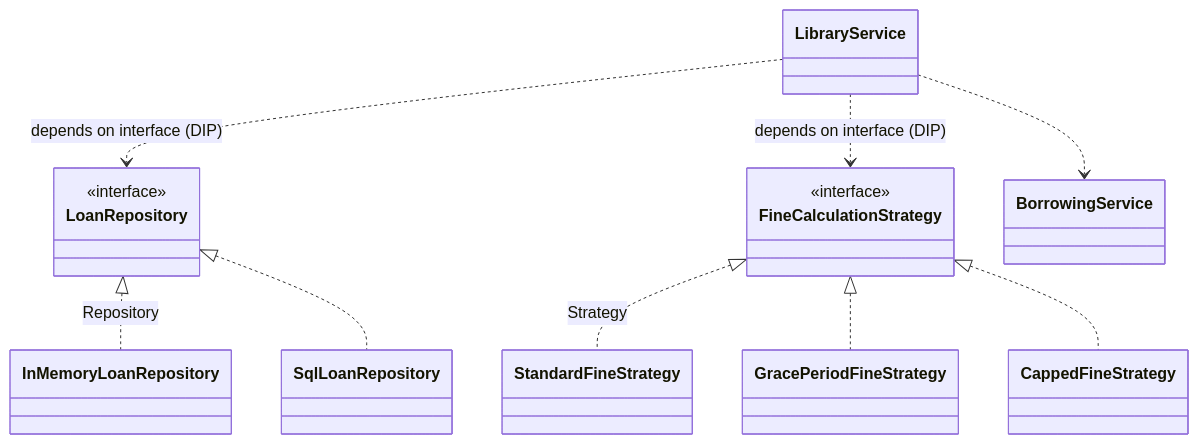
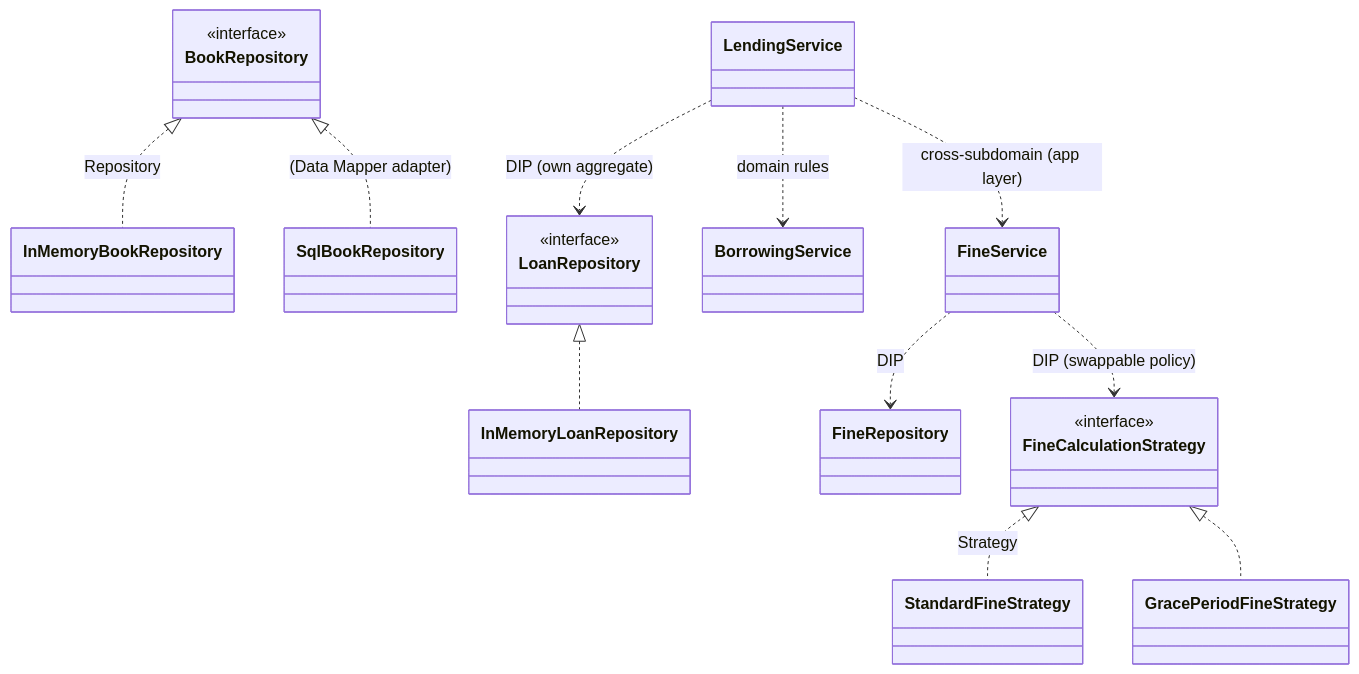
One commit to DivyaDas-Trilio/low-level-design changed the third of 5 diagrams in library_management_system_v2/docs/step-12-artifacts.md. Above: the diagram before and after it, drawn with Mermaid. The commit also changed other lines of this file and 28 other files, not shown here.

````diff
--- a/library_management_system_v2/docs/step-12-artifacts.md
+++ b/library_management_system_v2/docs/step-12-artifacts.md
@@ -145,21 +160,26 @@
 ```mermaid
 classDiagram
     class FineCalculationStrategy { <<interface>> }
     class StandardFineStrategy
     class GracePeriodFineStrategy
-    class CappedFineStrategy
     FineCalculationStrategy <|.. StandardFineStrategy : Strategy
     FineCalculationStrategy <|.. GracePeriodFineStrategy
-    FineCalculationStrategy <|.. CappedFineStrategy
+
+    class BookRepository { <<interface>> }
+    class InMemoryBookRepository
+    class SqlBookRepository
+    BookRepository <|.. InMemoryBookRepository : Repository
+    BookRepository <|.. SqlBookRepository : (Data Mapper adapter)
 
     class LoanRepository { <<interface>> }
     class InMemoryLoanRepository
-    class SqlLoanRepository
-    LoanRepository <|.. InMemoryLoanRepository : Repository
-    LoanRepository <|.. SqlLoanRepository
+    LoanRepository <|.. InMemoryLoanRepository
 
-    class LibraryService
-    LibraryService ..> LoanRepository : depends on interface (DIP)
-    LibraryService ..> FineCalculationStrategy : depends on interface (DIP)
-    LibraryService ..> BorrowingService
+    class LendingService
+    class FineService
+    LendingService ..> LoanRepository : DIP (own aggregate)
+    LendingService ..> BorrowingService : domain rules
+    LendingService ..> FineService : cross-subdomain (app layer)
+    FineService ..> FineRepository : DIP
+    FineService ..> FineCalculationStrategy : DIP (swappable policy)
 ```
````
